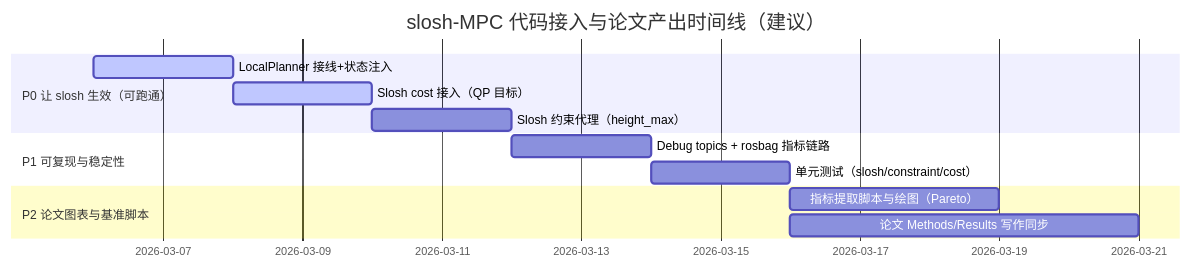
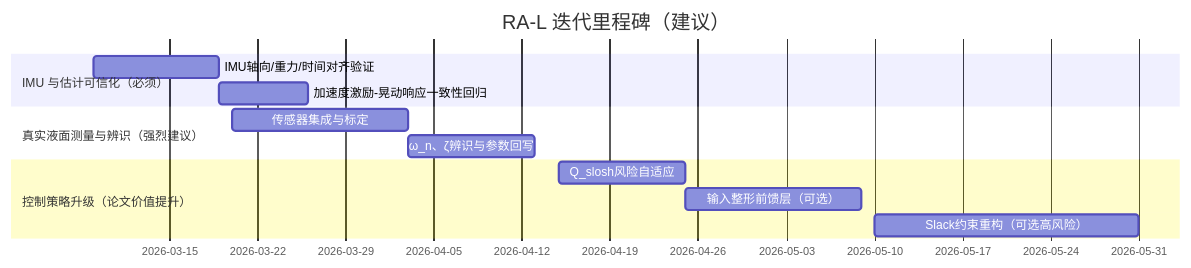
Before and after one commit to renjunzhang/scout_ws_real: the diagram in docs/deep-research-report.md, drawn with Mermaid. The commit also changed other lines of this file and 1 other file, not shown here.

````diff
--- a/docs/deep-research-report.md
+++ b/docs/deep-research-report.md
@@ -423,18 +121,15 @@
 ```mermaid
 gantt
-  title slosh-MPC 代码接入与论文产出时间线（建议）
   dateFormat  YYYY-MM-DD
-
-  section P0 让 slosh 生效（可跑通）
-  LocalPlanner 接线+状态注入      :active, a1, 2026-03-06, 2d
-  Slosh cost 接入（QP 目标）      :active, a2, 2026-03-08, 2d
-  Slosh 约束代理（height_max）    :a3, 2026-03-10, 2d
-
-  section P1 可复现与稳定性
-  Debug topics + rosbag 指标链路   :b1, 2026-03-12, 2d
-  单元测试（slosh/constraint/cost）:b2, 2026-03-14, 2d
-
-  section P2 论文图表与基准脚本
-  指标提取脚本与绘图（Pareto）     :c1, 2026-03-16, 3d
-  论文 Methods/Results 写作同步     :c2, 2026-03-16, 5d
+  title       RA-L 迭代里程碑（建议）
+  section IMU 与估计可信化（必须）
+  IMU轴向/重力/时间对齐验证     :a1, 2026-03-09, 10d
+  加速度激励-晃动响应一致性回归 :a2, after a1, 7d
+  section 真实液面测量与辨识（强烈建议）
+  传感器集成与标定              :b1, 2026-03-20, 14d
+  ω_n、ζ辨识与参数回写           :b2, after b1, 10d
+  section 控制策略升级（论文价值提升）
+  Q_slosh风险自适应             :c1, 2026-04-15, 10d
+  输入整形前馈层（可选）         :c2, after c1, 14d
+  Slack约束重构（可选高风险）    :c3, 2026-05-10, 21d
 ```
````
